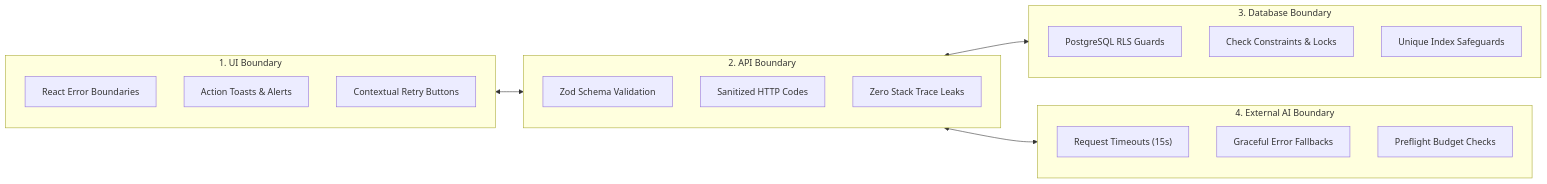
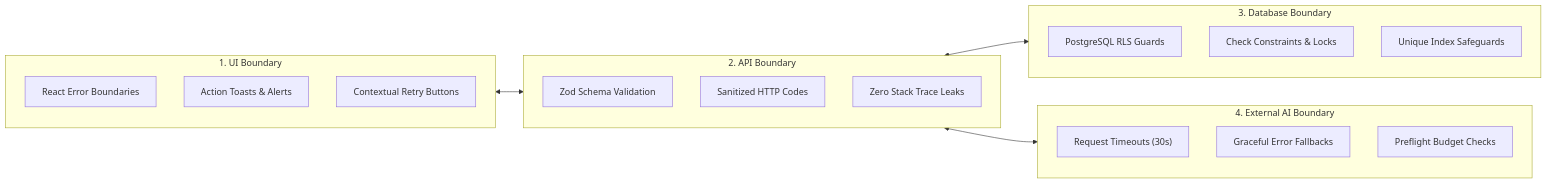
Before and after one commit to CS3227-2610-MP4-CodeLeet/CS3227-2610-MP4: the seventh of 7 diagrams in docs/DeveloperGuide.md, drawn with Mermaid. The commit also changed other lines of this file and 4 other files, not shown here.

````diff
--- a/docs/DeveloperGuide.md
+++ b/docs/DeveloperGuide.md
@@ -445,30 +445,30 @@
 ```mermaid
 graph LR
     subgraph B1["1. UI Boundary"]
         ReactEB["React Error Boundaries"]
         Toasts["Action Toasts & Alerts"]
         RetryBtns["Contextual Retry Buttons"]
     end
     
     subgraph B2["2. API Boundary"]
         Zod["Zod Schema Validation"]
         SanitizedHTTP["Sanitized HTTP Codes"]
         NoStackLeak["Zero Stack Trace Leaks"]
     end
     
     subgraph B3["3. Database Boundary"]
         PGRLS["PostgreSQL RLS Guards"]
         CheckConst["Check Constraints & Locks"]
         UniqueIdx["Unique Index Safeguards"]
     end
     
     subgraph B4["4. External AI Boundary"]
-        Timeout["Request Timeouts (15s)"]
+        Timeout["Request Timeouts (30s)"]
         FallbackMsg["Graceful Error Fallbacks"]
         TokenBudget["Preflight Budget Checks"]
     end
 
     B1 <--> B2
     B2 <--> B3
     B2 <--> B4
 ```
````
